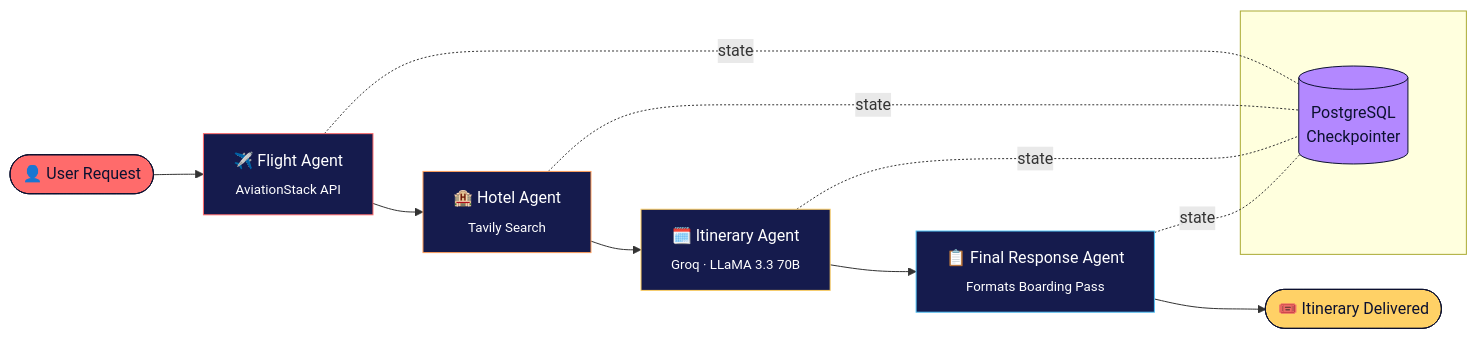
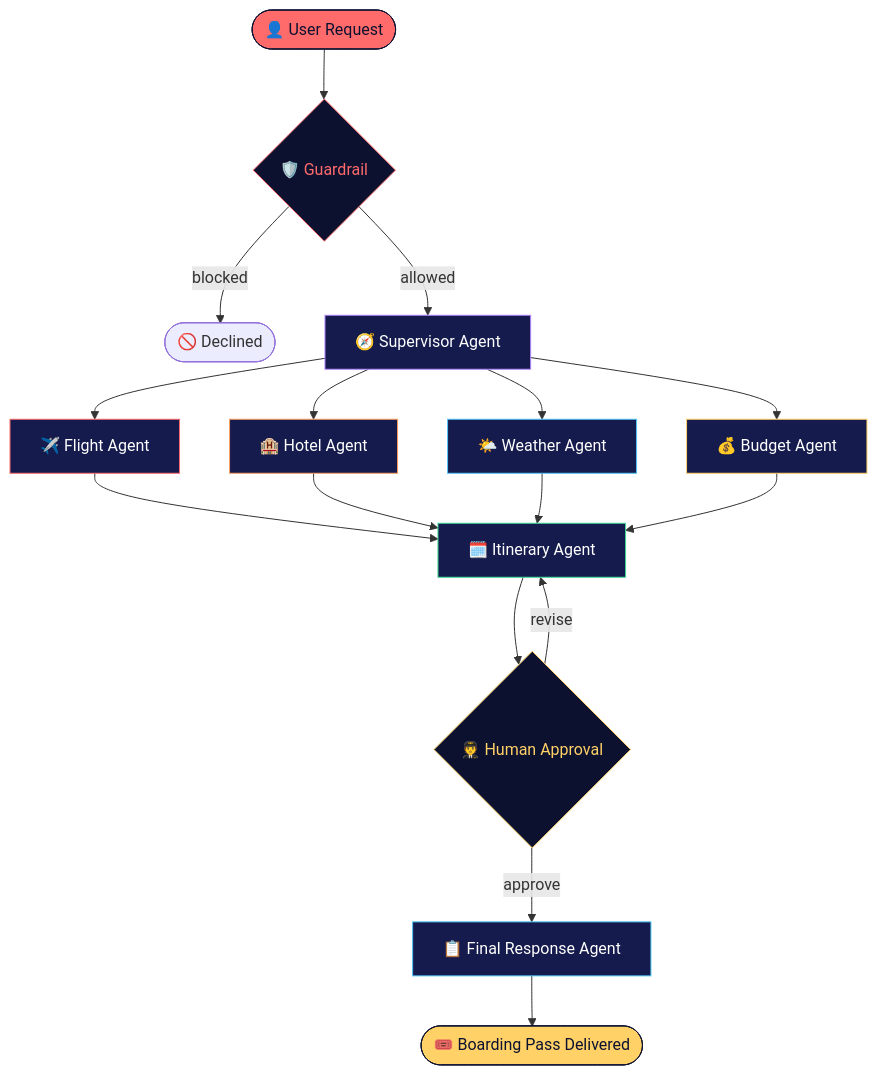
The diagram in README.md (omkar834-droidk/Multi-Agent-AI-Travel-Planner), drawn with Mermaid before and after one commit. The commit also changed other lines of this file, not shown here.

First line of the commit message:
Revise README for clarity and feature updates

````diff
--- a/README.md
+++ b/README.md
@@ -52,25 +55,33 @@
 ```mermaid
-flowchart LR
-    U([👤 User Request]) --> A[✈️ Flight Agent<br/><sub>AviationStack API</sub>]
-    A --> B[🏨 Hotel Agent<br/><sub>Tavily Search</sub>]
-    B --> C[🗓️ Itinerary Agent<br/><sub>Groq · LLaMA 3.3 70B</sub>]
-    C --> D[📋 Final Response Agent<br/><sub>Formats Boarding Pass</sub>]
-    D --> R([🎟️ Itinerary Delivered])
+flowchart TD
+    A([👤 User Request]) --> B{🛡️ Guardrail}
+    B -->|blocked| C([🚫 Declined])
+    B -->|allowed| D[🧭 Supervisor Agent]
 
-    subgraph Memory[" "]
-    P[(PostgreSQL<br/>Checkpointer)]
-    end
+    D --> E[✈️ Flight Agent]
+    D --> F[🏨 Hotel Agent]
+    D --> G[🌤️ Weather Agent]
+    D --> H[💰 Budget Agent]
 
-    A -.state.- P
-    B -.state.- P
-    C -.state.- P
-    D -.state.- P
+    E --> I[🗓️ Itinerary Agent]
+    F --> I
+    G --> I
+    H --> I
 
-    style U fill:#FF6B6B,stroke:#0C1130,color:#0C1130
-    style R fill:#FFD166,stroke:#0C1130,color:#0C1130
-    style A fill:#151B4D,stroke:#FF6B6B,color:#fff
-    style B fill:#151B4D,stroke:#FF9F5C,color:#fff
-    style C fill:#151B4D,stroke:#FFD166,color:#fff
-    style D fill:#151B4D,stroke:#4FC3F7,color:#fff
-    style P fill:#B388FF,stroke:#0C1130,color:#0C1130
+    I --> J{🧑‍✈️ Human Approval}
+    J -->|revise| I
+    J -->|approve| K[📋 Final Response Agent]
+    K --> L([🎟️ Boarding Pass Delivered])
+
+    style A fill:#FF6B6B,stroke:#0C1130,color:#0C1130
+    style L fill:#FFD166,stroke:#0C1130,color:#0C1130
+    style B fill:#0C1130,stroke:#FF6B6B,color:#FF6B6B
+    style J fill:#0C1130,stroke:#FFD166,color:#FFD166
+    style D fill:#151B4D,stroke:#B388FF,color:#fff
+    style E fill:#151B4D,stroke:#FF6B6B,color:#fff
+    style F fill:#151B4D,stroke:#FF9F5C,color:#fff
+    style G fill:#151B4D,stroke:#4FC3F7,color:#fff
+    style H fill:#151B4D,stroke:#FFD166,color:#fff
+    style I fill:#151B4D,stroke:#3DDC97,color:#fff
+    style K fill:#151B4D,stroke:#4FC3F7,color:#fff
 ```
````
